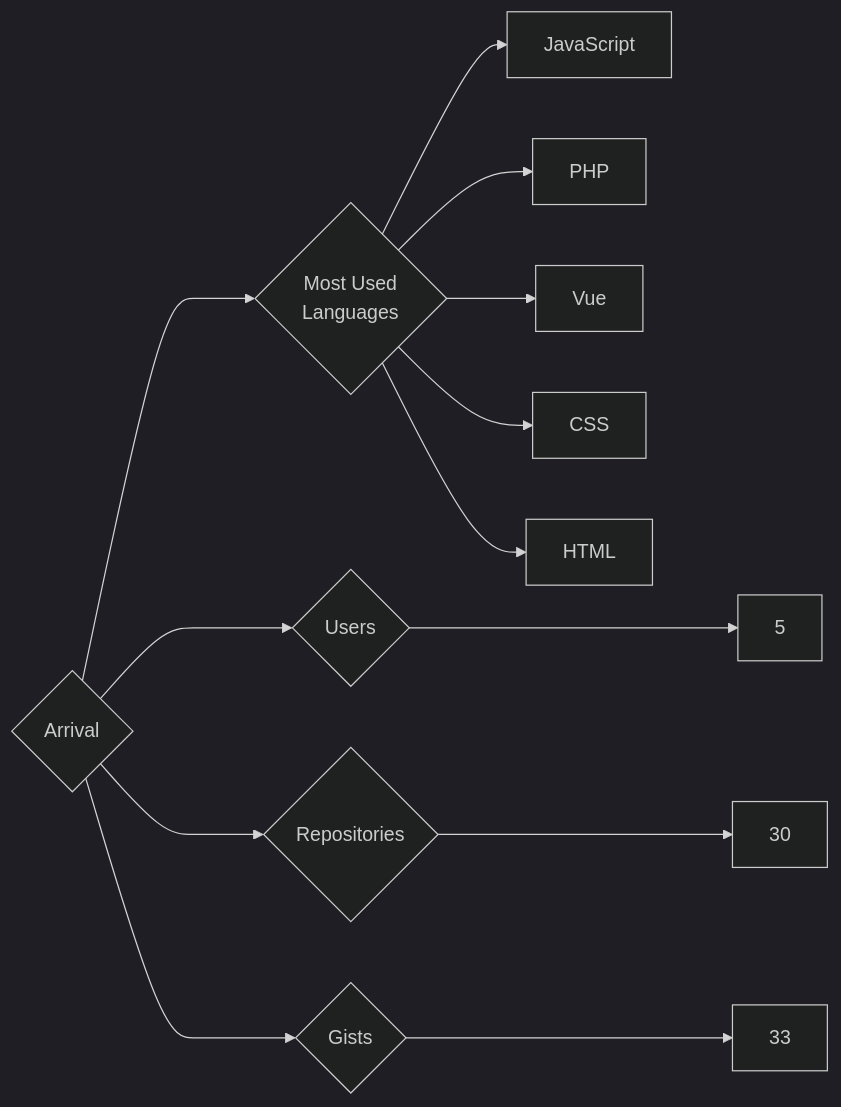
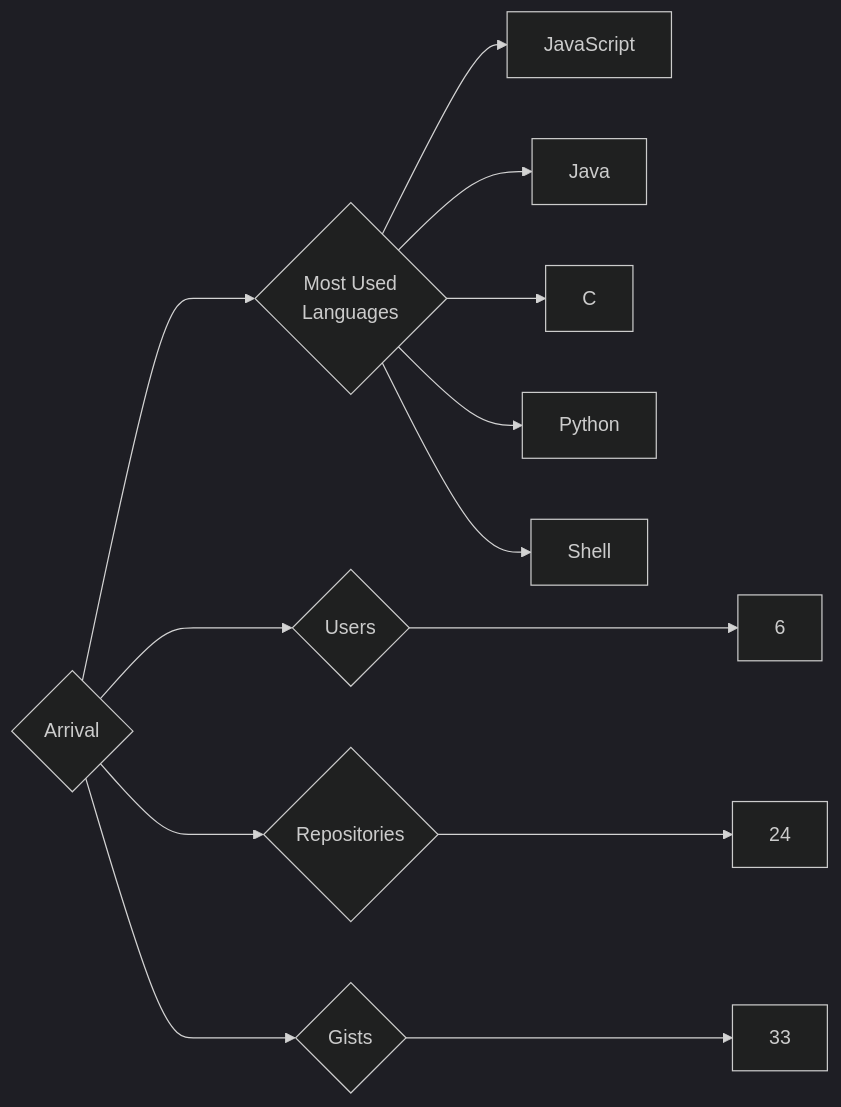
The diagram in targets/Arrival/README.md (trickest/insiders), drawn with Mermaid (dark theme) before and after one commit. The commit also changed 988 other files, not shown here.

````diff
--- a/targets/Arrival/README.md
+++ b/targets/Arrival/README.md
@@ -3,13 +3,13 @@
 ```mermaid
 graph LR
 COMPANY_NAME{Arrival}
-COMPANY_NAME ---> U{Users} ---> UN[5]
-COMPANY_NAME ---> R{Repositories} ---> RN[30]
+COMPANY_NAME ---> U{Users} ---> UN[6]
+COMPANY_NAME ---> R{Repositories} ---> RN[24]
 COMPANY_NAME ---> G{Gists} ---> GN[33]
 COMPANY_NAME ---> ML{Most Used<br>Languages}
 ML --> JavaScript[JavaScript]
-ML --> PHP[PHP]
-ML --> Vue[Vue]
-ML --> CSS[CSS]
-ML --> HTML[HTML]
+ML --> Java[Java]
+ML --> C[C]
+ML --> Python[Python]
+ML --> Shell[Shell]
 ```
````
